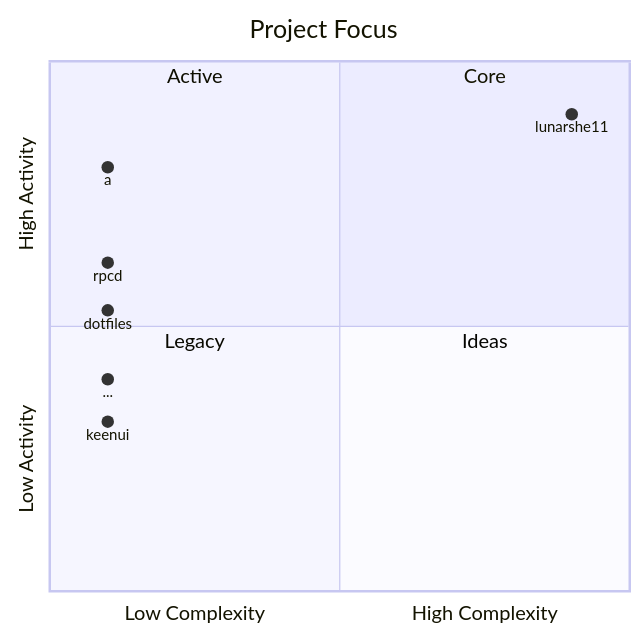
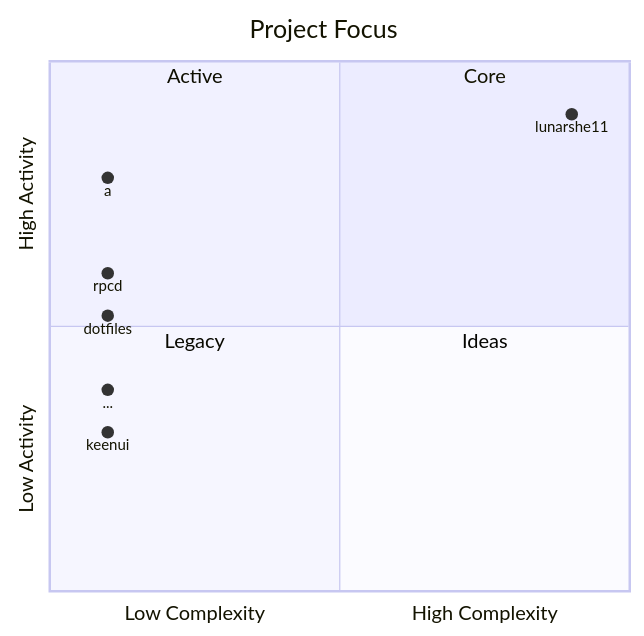
The first of 3 diagrams in README.md (lunarshe11/lunarshe11), drawn with Mermaid before and after one commit. The commit also changed other lines of this file, not shown here.

Commit message:
auto: update log activity 2026-11-02 10:05:07

````diff
--- a/README.md
+++ b/README.md
@@ -13,16 +13,16 @@
 ```mermaid
 quadrantChart
     title Project Focus
     x-axis Low Complexity --> High Complexity
     y-axis Low Activity --> High Activity
     quadrant-1 Core
     quadrant-2 Active
     quadrant-3 Legacy
     quadrant-4 Ideas
     lunarshe11: [0.9, 0.9]
-    a: [0.1, 0.8]
-    rpcd: [0.1, 0.62]
-    dotfiles: [0.1, 0.53]
-    ...: [0.1, 0.4]
-    keenui: [0.1, 0.32]
+    a: [0.1, 0.78]
+    rpcd: [0.1, 0.6]
+    dotfiles: [0.1, 0.52]
+    ...: [0.1, 0.38]
+    keenui: [0.1, 0.3]
 ```
````
